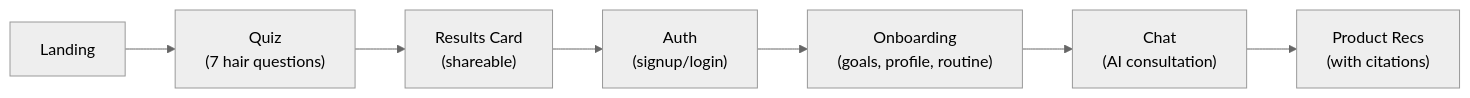
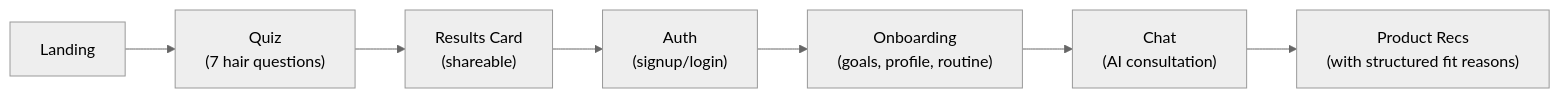
The second of 4 diagrams in OVERVIEW.md (NickRuppy/hair_concierge), drawn with Mermaid (neutral theme) before and after one commit. The commit also changed other lines of this file and 13 other files, not shown here.

````diff
--- a/OVERVIEW.md
+++ b/OVERVIEW.md
@@ -129,9 +126,9 @@
 ```mermaid
 flowchart LR
     A["Landing"] --> B["Quiz<br/>(7 hair questions)"]
     B --> C["Results Card<br/>(shareable)"]
     C --> D["Auth<br/>(signup/login)"]
     D --> E["Onboarding<br/>(goals, profile, routine)"]
     E --> F["Chat<br/>(AI consultation)"]
-    F --> G["Product Recs<br/>(with citations)"]
+    F --> G["Product Recs<br/>(with structured fit reasons)"]
 ```
````
